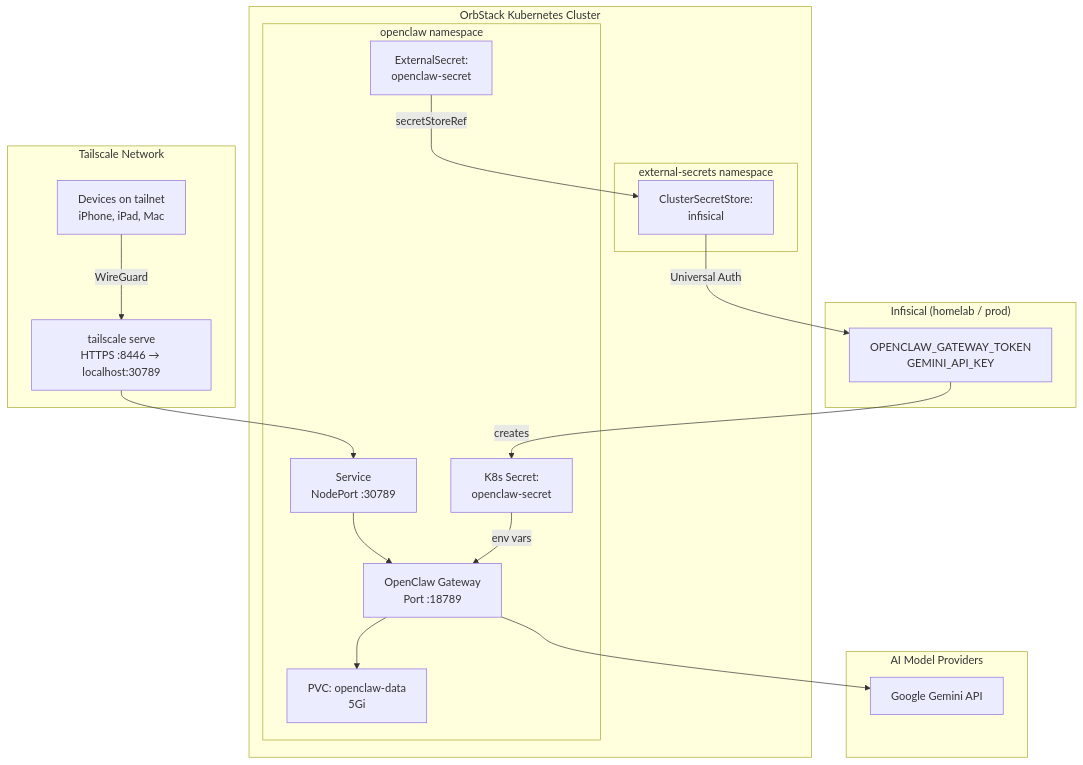
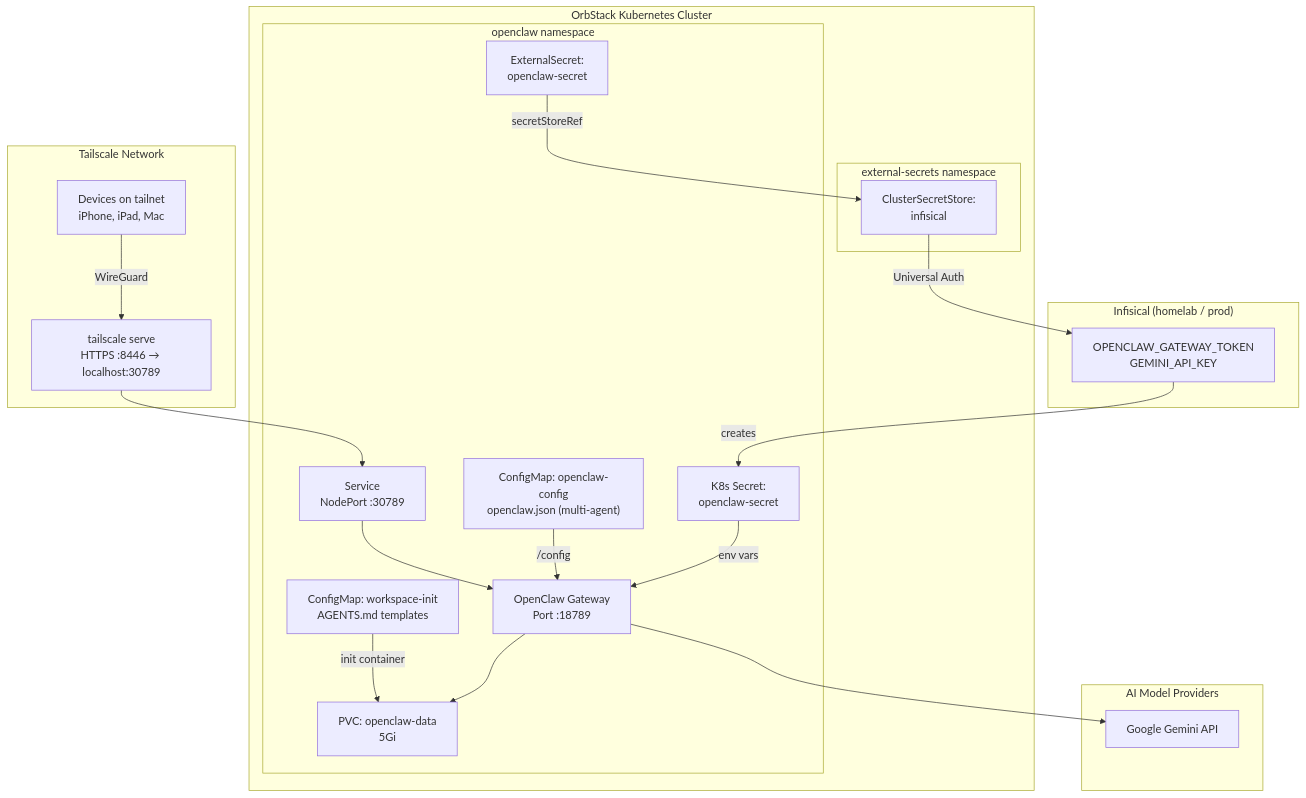
One commit to haingth77/homelab changed the first of 4 diagrams in docs/openclaw.md. Above: the diagram before and after it, drawn with Mermaid. The commit also changed other lines of this file and 11 other files, not shown here.

````diff
--- a/docs/openclaw.md
+++ b/docs/openclaw.md
@@ -7,39 +7,43 @@
 ```mermaid
 flowchart TD
     subgraph tailnet["Tailscale Network"]
         Clients["Devices on tailnet\niPhone, iPad, Mac"]
         TServe["tailscale serve\nHTTPS :8446 → localhost:30789"]
     end
 
     subgraph orb["OrbStack Kubernetes Cluster"]
         subgraph openclawNs["openclaw namespace"]
             Svc["Service\nNodePort :30789"]
             Deploy["OpenClaw Gateway\nPort :18789"]
+            CM["ConfigMap: openclaw-config\nopenclaw.json (multi-agent)"]
+            WSCM["ConfigMap: workspace-init\nAGENTS.md templates"]
             PVC["PVC: openclaw-data\n5Gi"]
             ES["ExternalSecret:\nopenclaw-secret"]
             K8sSecret["K8s Secret:\nopenclaw-secret"]
         end
 
         subgraph esoNs["external-secrets namespace"]
             CSS["ClusterSecretStore:\ninfisical"]
         end
     end
 
     subgraph infisical["Infisical (homelab / prod)"]
         InfisicalSecrets["OPENCLAW_GATEWAY_TOKEN\nGEMINI_API_KEY"]
     end
 
     subgraph providers["AI Model Providers"]
         Gemini["Google Gemini API"]
     end
 
     Clients -- "WireGuard" --> TServe
     TServe --> Svc
     Svc --> Deploy
+    CM -- "/config" --> Deploy
+    WSCM -- "init container" --> PVC
     Deploy --> PVC
     ES -- "secretStoreRef" --> CSS
     CSS -- "Universal Auth" --> InfisicalSecrets
     InfisicalSecrets -- "creates" --> K8sSecret
     K8sSecret -- "env vars" --> Deploy
     Deploy --> Gemini
 ```
````
